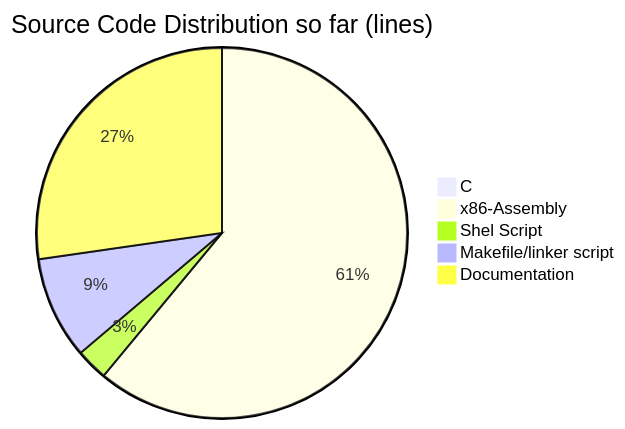
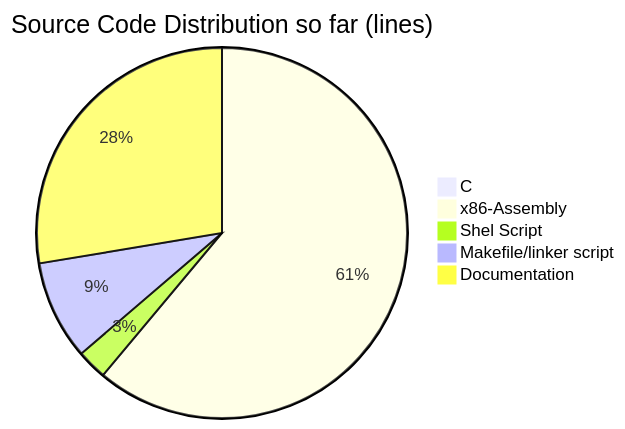
The diagram in README.md (rossanx/akfs), drawn with Mermaid before and after one commit. The commit also changed other lines of this file and 7 other files, not shown here.

````diff
--- a/README.md
+++ b/README.md
@@ -13,8 +13,8 @@
 ```mermaid
 pie title Source Code Distribution so far (lines)
     "C" :  19
-    "x86-Assembly" :  5732
+    "x86-Assembly" :  6086
     "Shel Script" :  262
-    "Makefile/linker script" :  838
-    "Documentation" :  2562
+    "Makefile/linker script" :  862
+    "Documentation" :  2752
 ```
````
